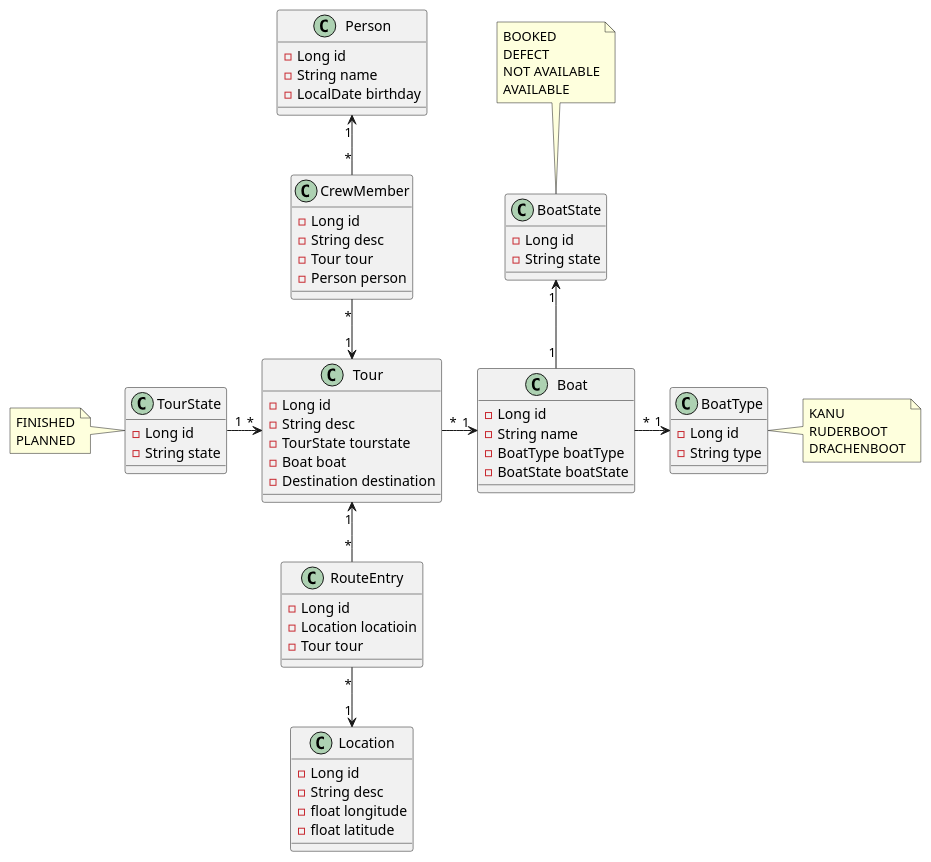
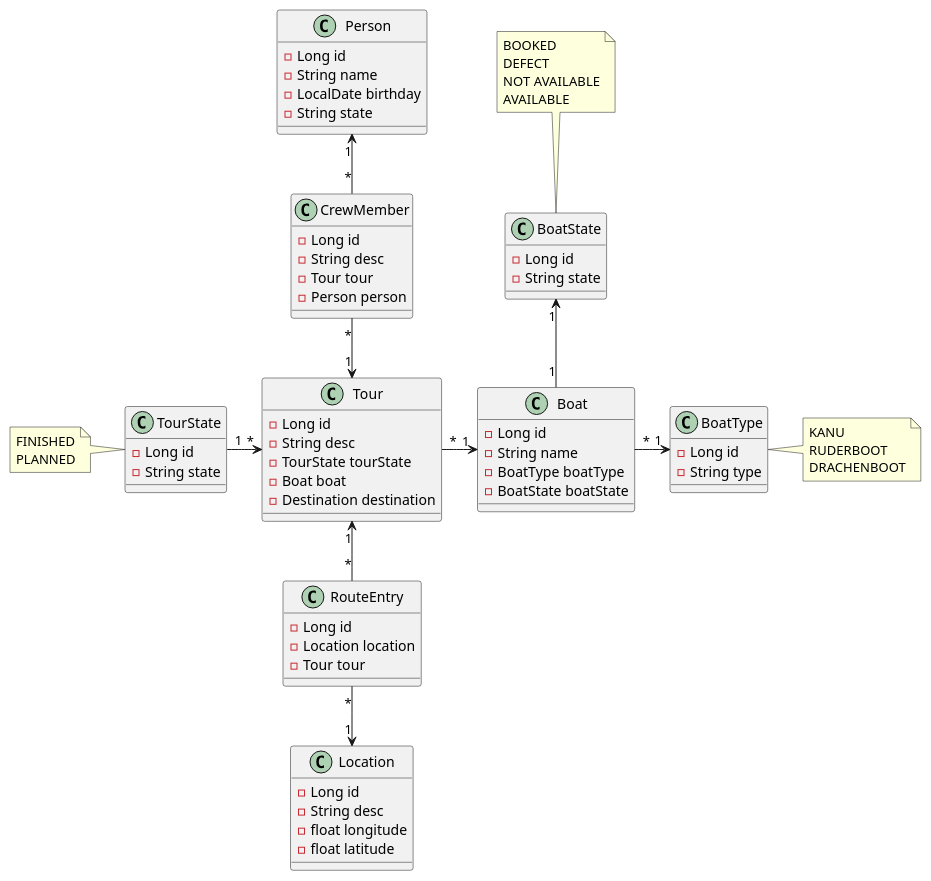
One commit to htl-leonding-project/tour-logger changed the diagram in asciidocs/plantuml/class-diagram.puml. Above: the diagram before and after it, drawn with PlantUML.

Commit message:
#4 fixed cld

```diff
--- a/asciidocs/plantuml/class-diagram.puml
+++ b/asciidocs/plantuml/class-diagram.puml
@@ -1,73 +1,74 @@
 @startuml
 
 class Person {
 - Long id
 - String name
 - LocalDate birthday
+- String state
 }
 
 class CrewMember {
 - Long id
 - String desc
 - Tour tour
 - Person person
 }
 
 class Tour {
 - Long id
 - String desc
-- TourState tourstate
+- TourState tourState
 - Boat boat
 - Destination destination
 }
 
 class RouteEntry{
 - Long id
-- Location locatioin
+- Location location
 - Tour tour
 }
 
 class TourState {
 - Long id
 - String state
 }
 
 note left: FINISHED\nPLANNED
 
 class Location {
 - Long id
 - String desc
 - float longitude
 - float latitude
 }
 
 class Boat {
 - Long id
 - String name
 - BoatType boatType
 - BoatState boatState
 }
 
 class BoatState {
 - Long id
 - String state
 }
 
 note top: BOOKED\nDEFECT\nNOT AVAILABLE\nAVAILABLE
 
 class BoatType {
 - Long id
 - String type
 }
 note right: KANU\nRUDERBOOT\nDRACHENBOOT
 
 Person "1" <-- "*" CrewMember
 CrewMember "*" --> "1" Tour
 TourState "1" -right-> "*" Tour
 Location "1" <-up- "*" RouteEntry
 RouteEntry "*" -up-> "1" Tour
 Tour "*" -right-> "1" Boat
 Boat "*" -right-> "1" BoatType
 Boat "1" -up-> "1" BoatState
 
 @enduml
```
